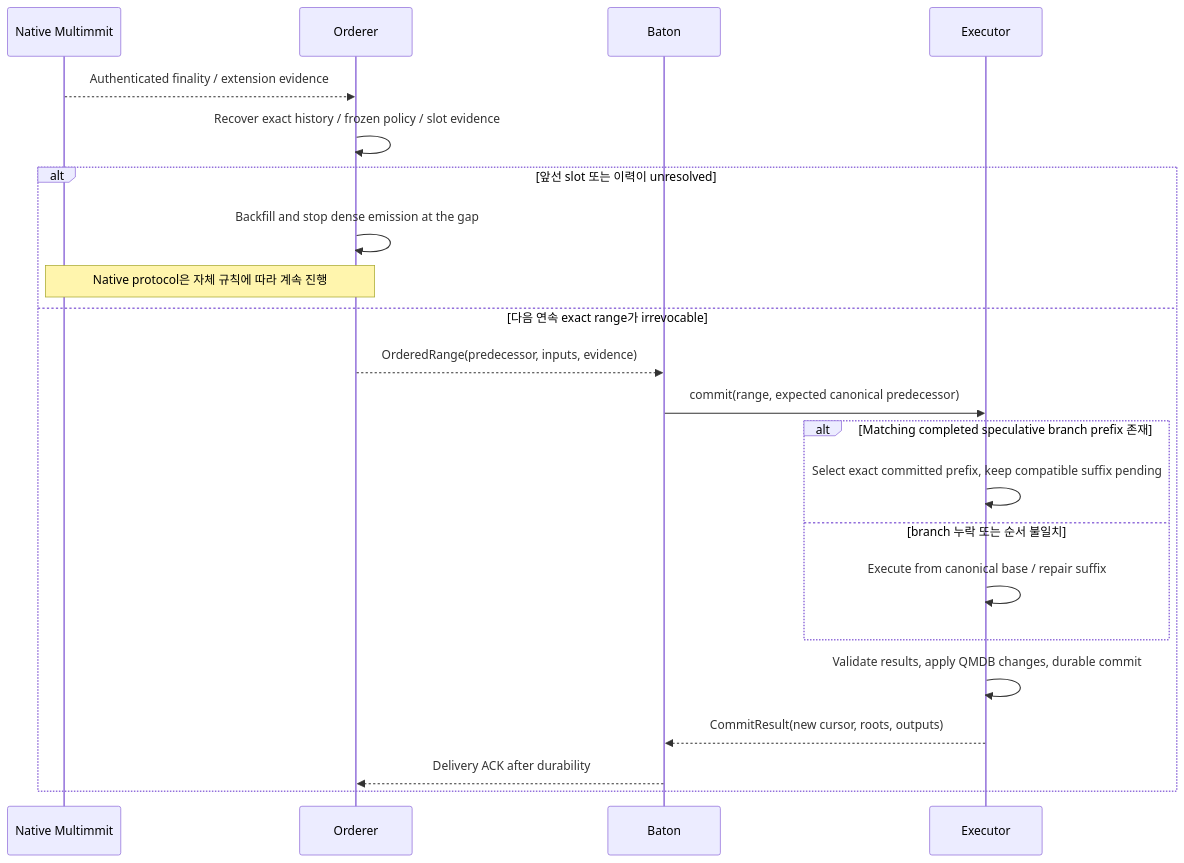
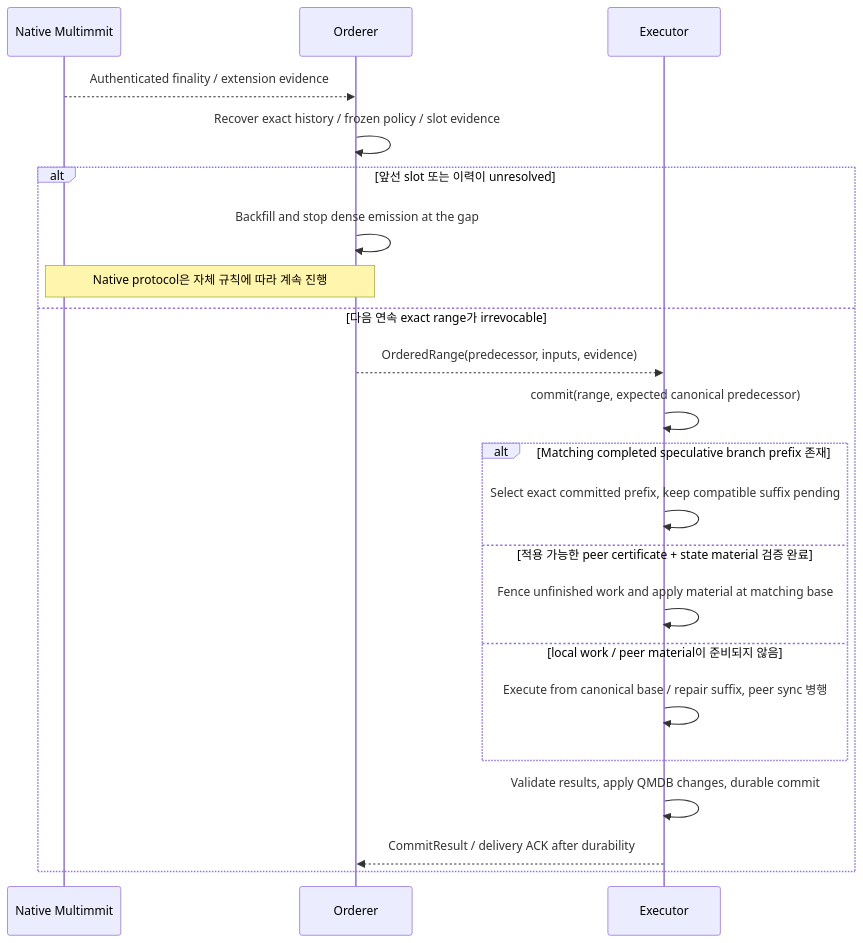
Before and after one commit to djm07073/baton-research: the eighth of 18 diagrams in IMPLEMENTATION_SPEC.md, drawn with Mermaid. The commit also changed other lines of this file and 30 other files, not shown here.

````diff
--- a/IMPLEMENTATION_SPEC.md
+++ b/IMPLEMENTATION_SPEC.md
@@ -440,24 +446,24 @@
 ```mermaid
 sequenceDiagram
     participant N as Native Multimmit
     participant M as Orderer
-    participant B as Baton
     participant E as Executor
     N-->>M: Authenticated finality / extension evidence
     M->>M: Recover exact history / frozen policy / slot evidence
     alt 앞선 slot 또는 이력이 unresolved
         M->>M: Backfill and stop dense emission at the gap
         Note over N,M: Native protocol은 자체 규칙에 따라 계속 진행
     else 다음 연속 exact range가 irrevocable
-        M-->>B: OrderedRange(predecessor, inputs, evidence)
-        B->>E: commit(range, expected canonical predecessor)
+        M-->>E: OrderedRange(predecessor, inputs, evidence)
+        E->>E: commit(range, expected canonical predecessor)
         alt Matching completed speculative branch prefix 존재
             E->>E: Select exact committed prefix, keep compatible suffix pending
-        else branch 누락 또는 순서 불일치
-            E->>E: Execute from canonical base / repair suffix
+        else 적용 가능한 peer certificate + state material 검증 완료
+            E->>E: Fence unfinished work and apply material at matching base
+        else local work / peer material이 준비되지 않음
+            E->>E: Execute from canonical base / repair suffix, peer sync 병행
         end
         E->>E: Validate results, apply QMDB changes, durable commit
-        E-->>B: CommitResult(new cursor, roots, outputs)
-        B-->>M: Delivery ACK after durability
+        E-->>M: CommitResult / delivery ACK after durability
     end
 ```
````
